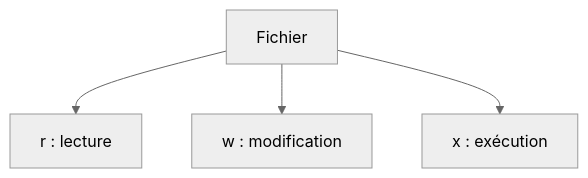
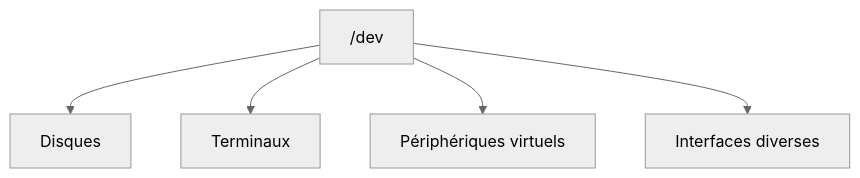
Before and after one commit to tdelaclos/formations: the sixth of 15 diagrams in campagne 1/1.6.md, drawn with Mermaid (neutral theme). The commit also changed other lines of this file, not shown here.

````diff
--- a/campagne 1/1.6.md
+++ b/campagne 1/1.6.md
@@ -351,11 +473,13 @@
 ```mermaid
 flowchart TD
 
-A["Fichier"]
+A["/dev"]
 
-A --> B["r : lecture"]
+A --> B["Disques"]
 
-A --> C["w : modification"]
+A --> C["Terminaux"]
 
-A --> D["x : exécution"]
+A --> D["Périphériques virtuels"]
+
+A --> E["Interfaces diverses"]
 ```
````
